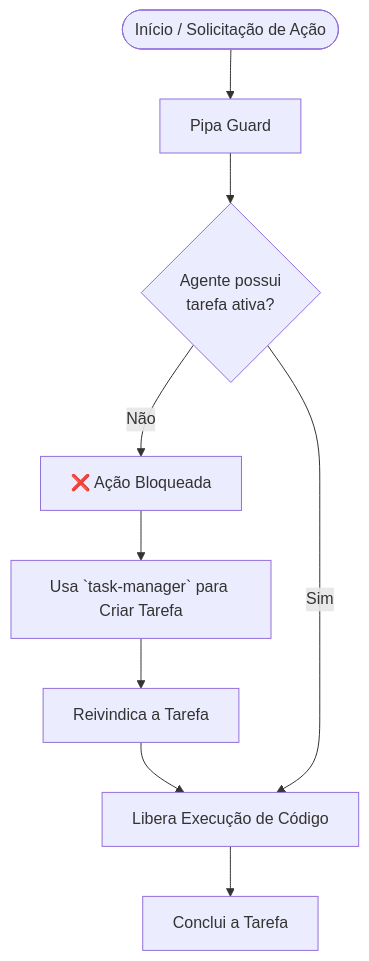
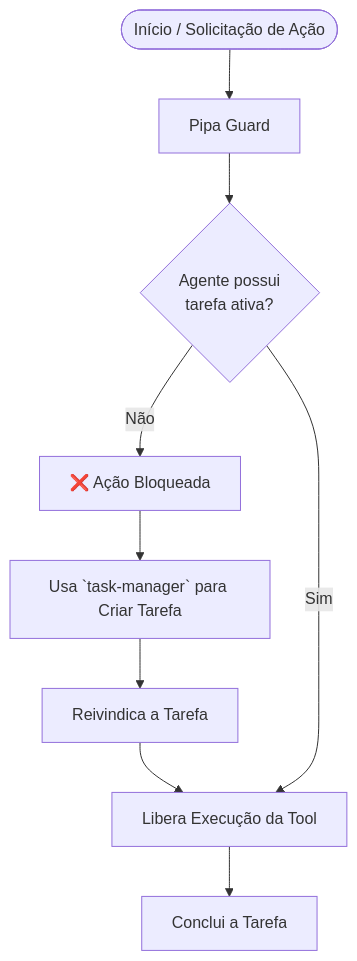
One commit to aelinrezende/pipa changed the first of 2 diagrams in README.md. Above: the diagram before and after it, drawn with Mermaid. The commit also changed other lines of this file and 42 other files, not shown here.

````diff
--- a/README.md
+++ b/README.md
@@ -25,11 +25,11 @@
 ```mermaid
 graph TD
     Start([Início / Solicitação de Ação]) --> Guard[Pipa Guard]
     Guard --> CheckTask{Agente possui<br>tarefa ativa?}
     CheckTask -->|Não| Blocked[❌ Ação Bloqueada]
     Blocked --> CreateTask[Usa `task-manager` para Criar Tarefa]
     CreateTask --> ClaimTask[Reivindica a Tarefa]
-    ClaimTask --> Execute[Libera Execução de Código]
+    ClaimTask --> Execute[Libera Execução da Tool]
     CheckTask -->|Sim| Execute
     Execute --> CompleteTask[Conclui a Tarefa]
 ```
````
